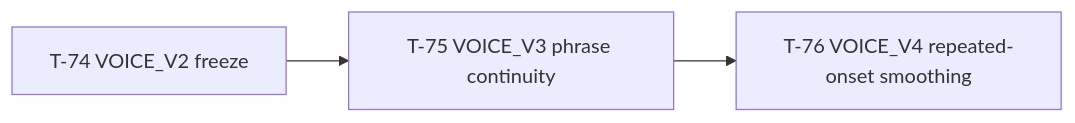
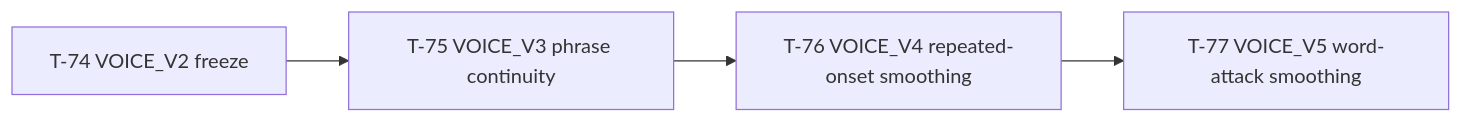
One commit to skeswa/dootdoot changed the third of 3 diagrams in docs/plan.md. Above: the diagram before and after it, drawn with Mermaid. The commit also changed other lines of this file and 18 other files, not shown here.

First line of the commit message:
Smooth VOICE_V5 word attacks

````diff
--- a/docs/plan.md
+++ b/docs/plan.md
@@ -448,5 +459,6 @@
 ```mermaid
 flowchart LR
     T74[T-74 VOICE_V2 freeze] --> T75[T-75 VOICE_V3 phrase continuity]
     T75 --> T76[T-76 VOICE_V4 repeated-onset smoothing]
+    T76 --> T77[T-77 VOICE_V5 word-attack smoothing]
 ```
````
